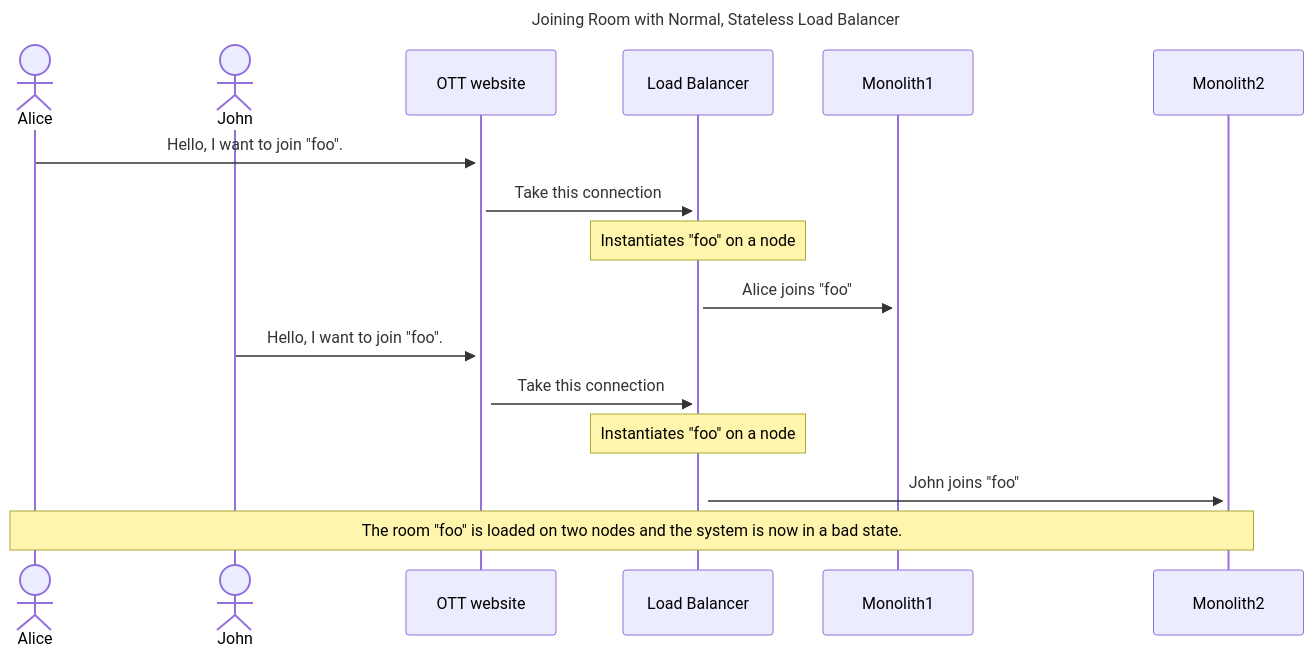
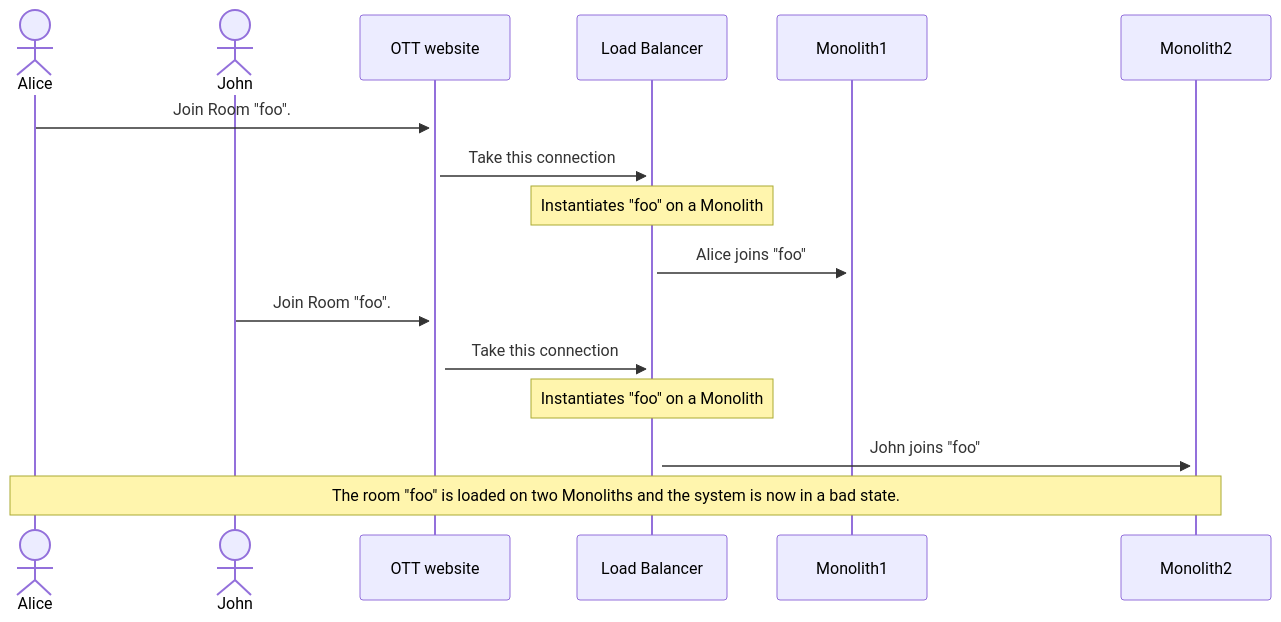
Before and after one commit to dyc3/senior-design: the diagram in figures/join-room-stateless.mmd, drawn with Mermaid. The commit also changed 5 other files, not shown here.

Commit message:
adjust some diagrams to be more precise

```diff
--- a/figures/join-room-stateless.mmd
+++ b/figures/join-room-stateless.mmd
@@ -1,19 +1,16 @@
----
-title: Joining Room with Normal, Stateless Load Balancer
----
 sequenceDiagram
     actor Alice
     actor John
     participant OTT as OTT website
     participant L as Load Balancer
     participant N as Monolith1
     participant M as Monolith2
-    Alice->>+OTT: Hello, I want to join "foo".
+    Alice->>+OTT: Join Room "foo".
     OTT->>+L: Take this connection
-    Note over L: Instantiates "foo" on a node
+    Note over L: Instantiates "foo" on a Monolith
     L->>+N: Alice joins "foo"
-    John->>+OTT: Hello, I want to join "foo".
+    John->>+OTT: Join Room "foo".
     OTT->>+L: Take this connection
-    Note over L: Instantiates "foo" on a node
+    Note over L: Instantiates "foo" on a Monolith
     L->>+M: John joins "foo"
-    Note over Alice,M: The room "foo" is loaded on two nodes and the system is now in a bad state.
+    Note over Alice,M: The room "foo" is loaded on two Monoliths and the system is now in a bad state.
```
